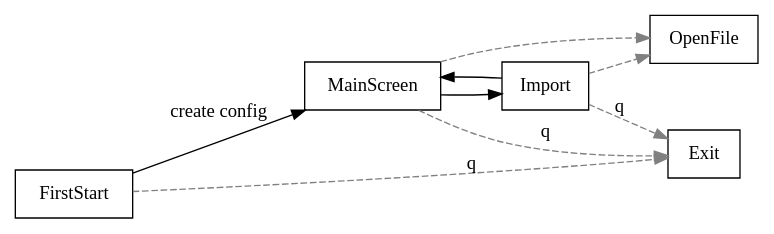
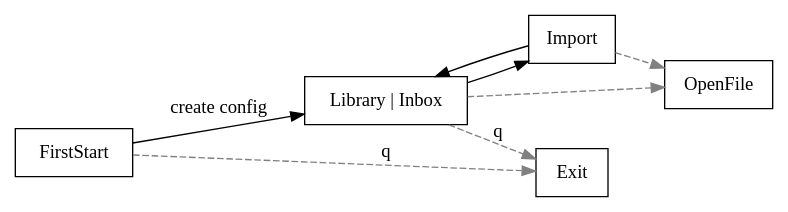
The diagram in ui_states.dot (2mol/pboy), drawn with Graphviz before and after one commit. The commit also changed 4 other files, not shown here.

```diff
--- a/ui_states.dot
+++ b/ui_states.dot
@@ -1,12 +1,14 @@
 digraph UI {
     rankdir=LR;
     node [shape=box];
+
+    MainScreen [label="Library | Inbox"]
 
     FirstStart -> MainScreen [label="create config"]
     MainScreen -> Import
     Import -> MainScreen
 
     {MainScreen, Import} -> OpenFile [style=dashed color=grey]
 
-    {FirstStart, MainScreen, Import} -> Exit [label="q" style=dashed color=grey]
+    {FirstStart, MainScreen} -> Exit [label="q" style=dashed color=grey]
 }
```
